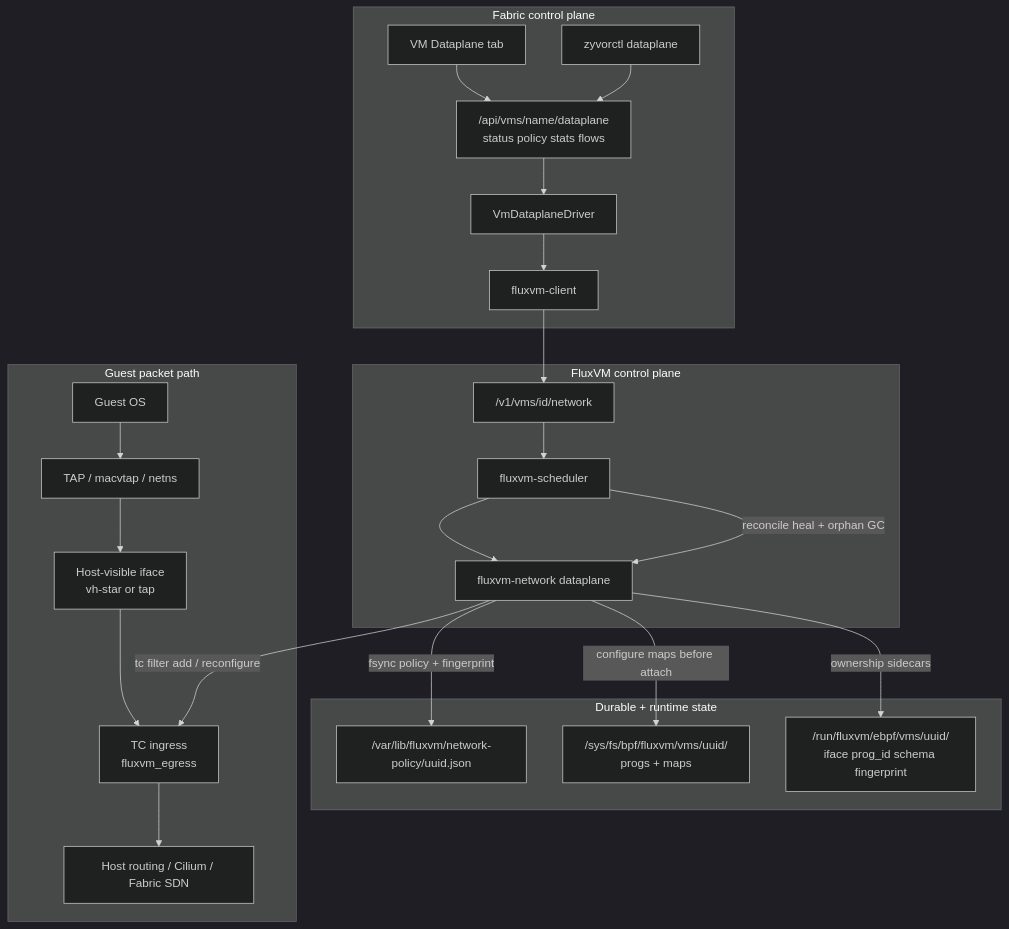
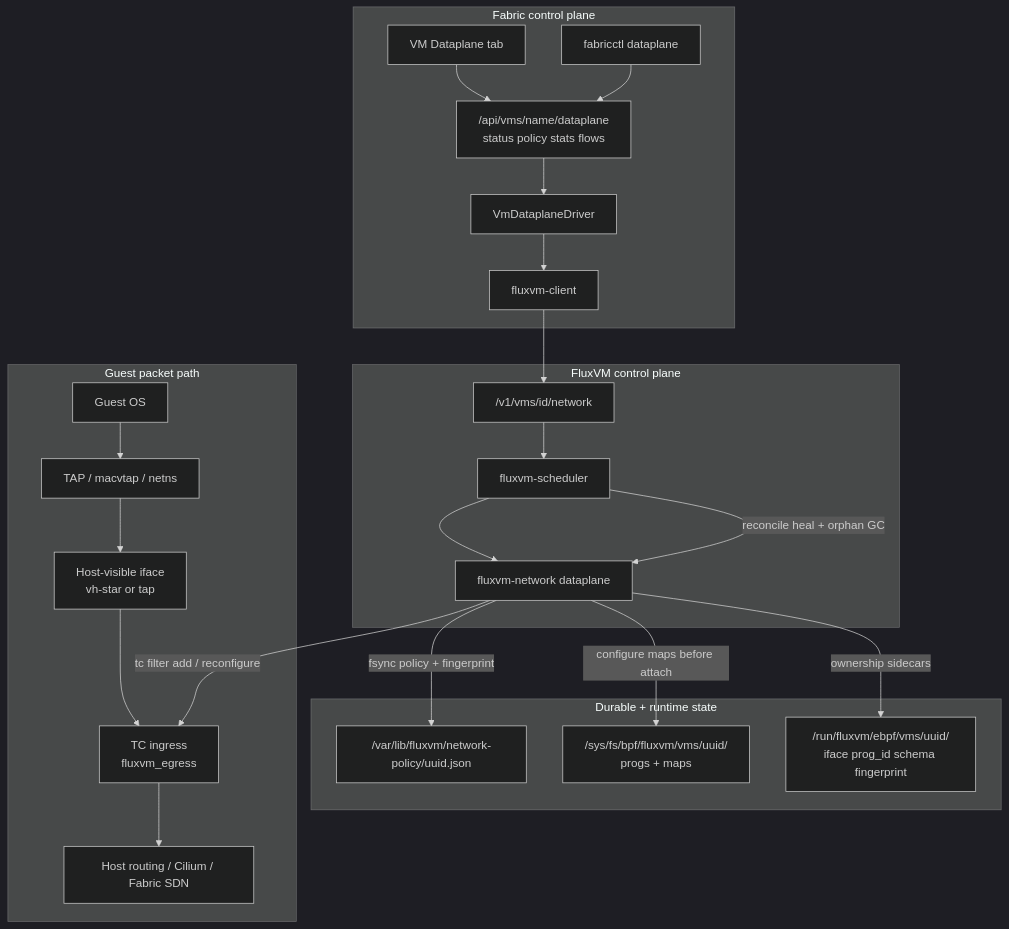
One commit to zyvorai/fabric changed the second of 8 diagrams in docs/network-fabric-architecture.md. Above: the diagram before and after it, drawn with Mermaid (dark theme). The commit also changed other lines of this file and 104 other files, not shown here.

First line of the commit message:
Rename the zyvorctl CLI to fabricctl

````diff
--- a/docs/network-fabric-architecture.md
+++ b/docs/network-fabric-architecture.md
@@ -33,42 +33,42 @@
 ```mermaid
 flowchart TB
   subgraph fabricCtrl [Fabric control plane]
     WebTab[VM Dataplane tab]
-    Zctl[zyvorctl dataplane]
+    Zctl[fabricctl dataplane]
     FabAPI["/api/vms/name/dataplane\nstatus policy stats flows"]
     Driver[VmDataplaneDriver]
     FClient[fluxvm-client]
     WebTab --> FabAPI
     Zctl --> FabAPI
     FabAPI --> Driver --> FClient
   end
 
   subgraph fluxCtrl [FluxVM control plane]
     NetAPI["/v1/vms/id/network"]
     Sched[fluxvm-scheduler]
     DP[fluxvm-network dataplane]
     NetAPI --> Sched --> DP
   end
 
   subgraph durable [Durable + runtime state]
     PolJSON["/var/lib/fluxvm/network-policy/uuid.json"]
     Pins["/sys/fs/bpf/fluxvm/vms/uuid/\nprogs + maps"]
     Meta["/run/fluxvm/ebpf/vms/uuid/\niface prog_id schema fingerprint"]
   end
 
   subgraph guestPath [Guest packet path]
     Guest[Guest OS]
     TAP[TAP / macvtap / netns]
     HostEdge["Host-visible iface\nvh-star or tap"]
     TC["TC ingress\nfluxvm_egress"]
     HostRt[Host routing / Cilium / Fabric SDN]
     Guest --> TAP --> HostEdge --> TC --> HostRt
   end
 
   FClient --> NetAPI
   DP -->|configure maps before attach| Pins
   DP -->|fsync policy + fingerprint| PolJSON
   DP -->|ownership sidecars| Meta
   DP -->|tc filter add / reconfigure| TC
   Sched -->|reconcile heal + orphan GC| DP
 ```
````
